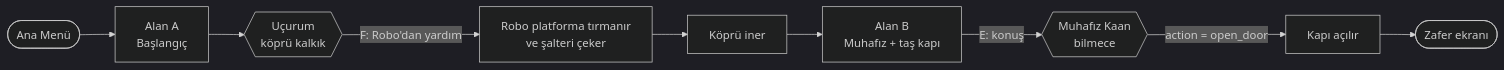
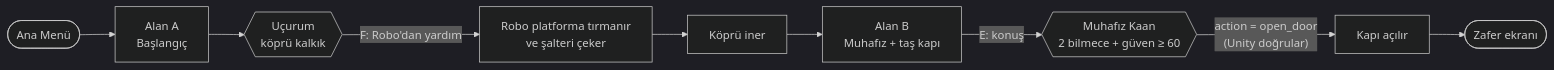
One commit to 10erdemsahin/taskapi changed the first of 9 diagrams in README.md. Above: the diagram before and after it, drawn with Mermaid (dark theme). The commit also changed other lines of this file and 1 other file, not shown here.

First line of the commit message:
README: Erdem'in bölümleri yerleştirildi; güven puanı, duraklatma ve test sonuçları güncellendi

````diff
--- a/README.md
+++ b/README.md
@@ -45,11 +45,11 @@
 ```mermaid
 flowchart LR
     M([Ana Menü]) --> A[Alan A<br/>Başlangıç]
     A --> U{{Uçurum<br/>köprü kalkık}}
     U -- "F: Robo'dan yardım" --> R[Robo platforma tırmanır<br/>ve şalteri çeker]
     R --> K[Köprü iner]
     K --> B[Alan B<br/>Muhafız + taş kapı]
-    B -- "E: konuş" --> N{{Muhafız Kaan<br/>bilmece}}
-    N -- "action = open_door" --> D[Kapı açılır]
+    B -- "E: konuş" --> N{{Muhafız Kaan<br/>2 bilmece + güven ≥ 60}}
+    N -- "action = open_door<br/>(Unity doğrular)" --> D[Kapı açılır]
     D --> Z([Zafer ekranı])
 ```
````
